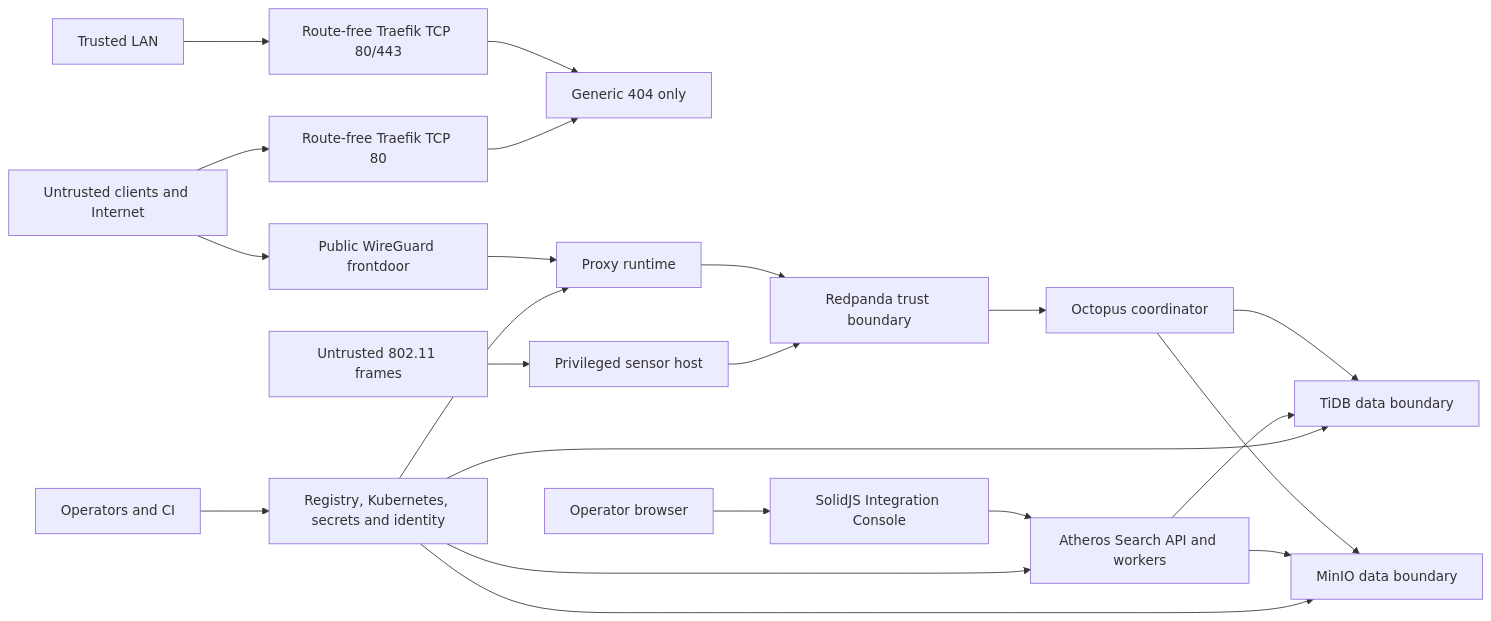
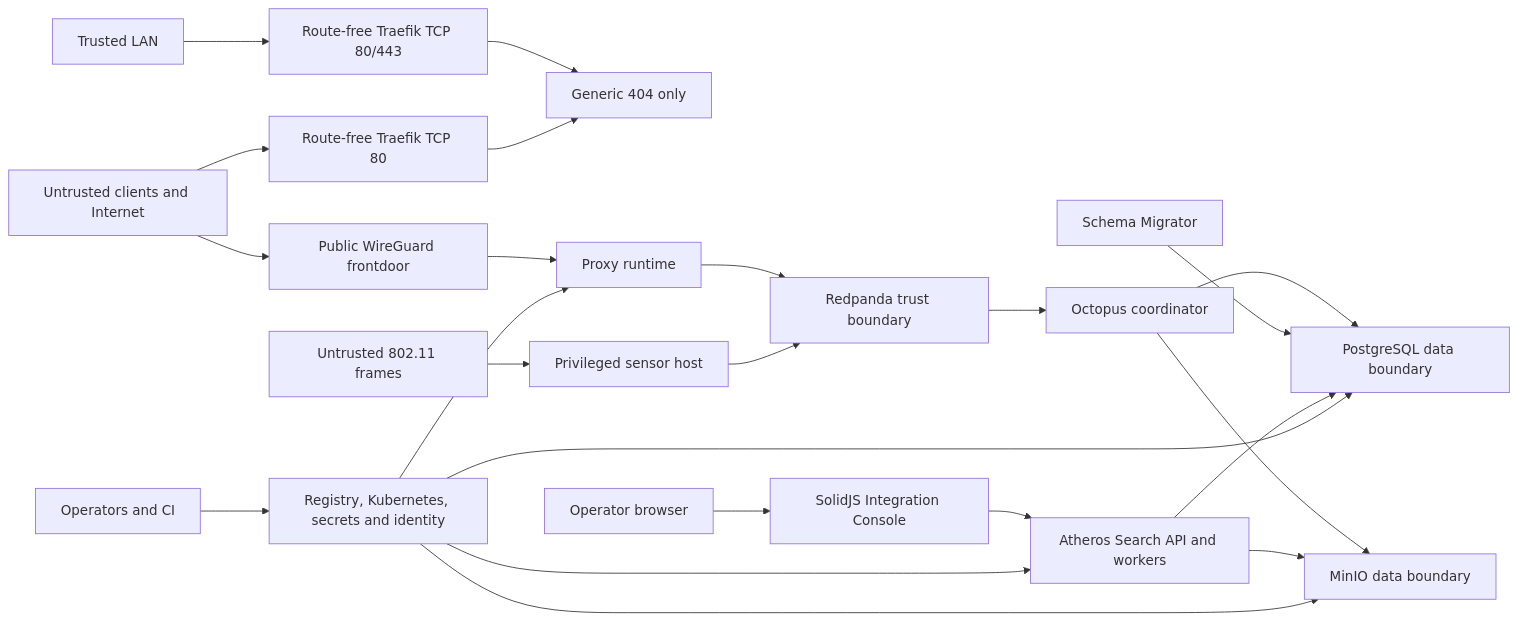
Before and after one commit to zlovtnik/ssl-proxy: the diagram in docs/threat-model.md, drawn with Mermaid. The commit also changed other lines of this file and 499 other files, not shown here.

````diff
--- a/docs/threat-model.md
+++ b/docs/threat-model.md
@@ -20,24 +19,25 @@
 ```mermaid
 flowchart LR
     internet[Untrusted clients and Internet] --> wg[Public WireGuard frontdoor]
     internet --> edge[Route-free Traefik TCP 80]
     lan[Trusted LAN] --> edgeLan[Route-free Traefik TCP 80/443]
     edgeLan --> deny
     edge --> deny[Generic 404 only]
     wg --> proxy[Proxy runtime]
     radio[Untrusted 802.11 frames] --> sensor[Privileged sensor host]
     proxy --> redpanda[Redpanda trust boundary]
     sensor --> redpanda
     redpanda --> octopus[Octopus coordinator]
-    octopus --> tidb[TiDB data boundary]
+    octopus --> postgres[PostgreSQL data boundary]
     octopus --> minio[MinIO data boundary]
-    search[Atheros Search API and workers] --> tidb
+    schema_migrator[Schema Migrator] --> postgres
+    search[Atheros Search API and workers] --> postgres
     search --> minio
     browser[Operator browser] --> ui[SolidJS Integration Console]
     ui --> search
     operators[Operators and CI] --> control[Registry, Kubernetes, secrets and identity]
     control --> proxy
-    control --> tidb
+    control --> postgres
     control --> search
     control --> minio
 ```
````
